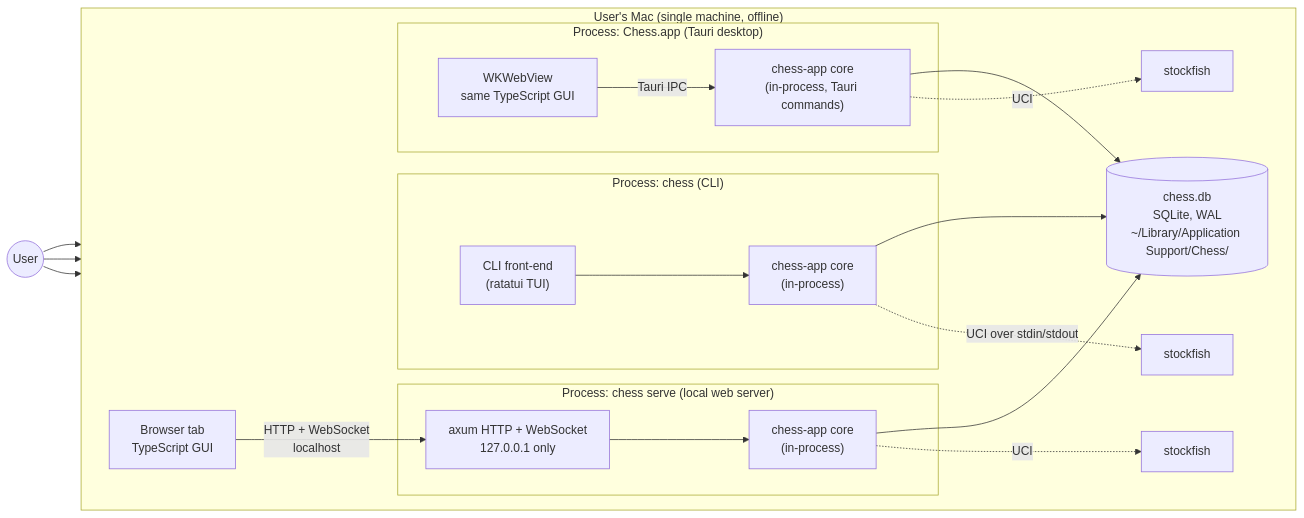
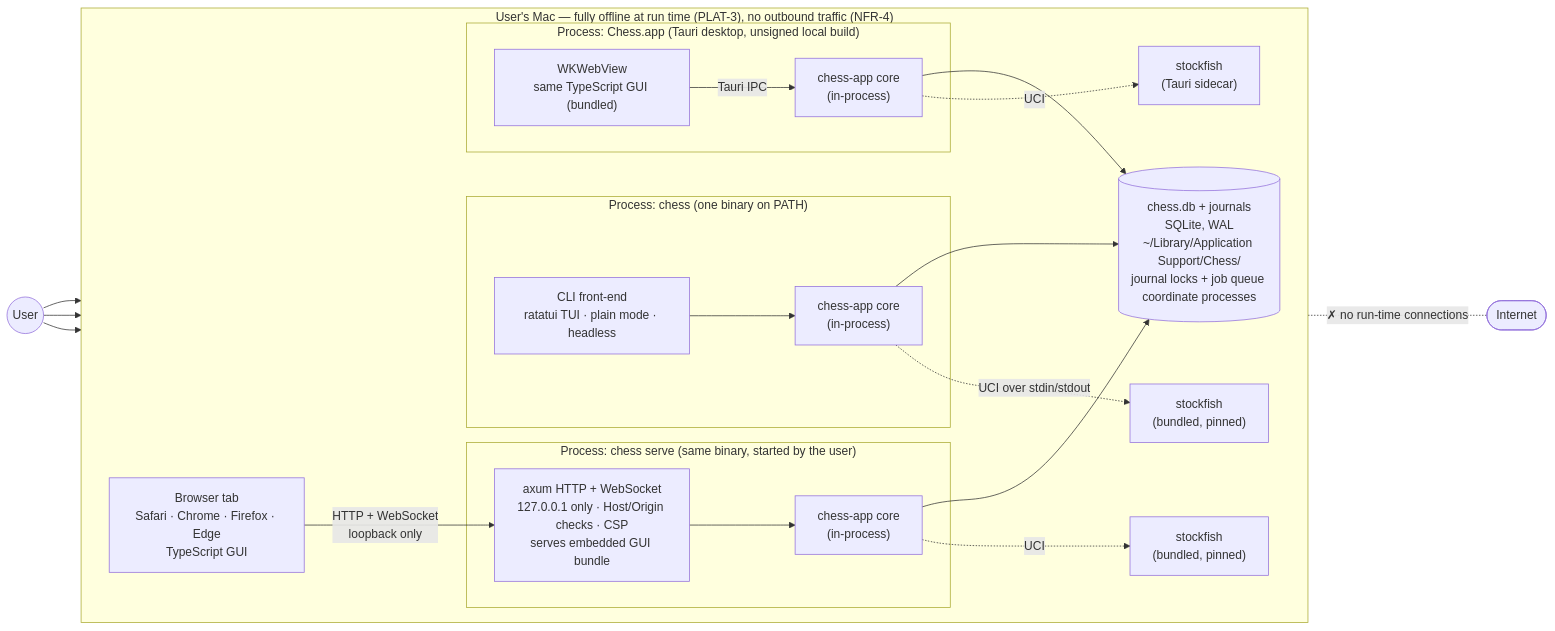
One commit to bprascher/chess changed the first of 12 diagrams in docs/architecture.md. Above: the diagram before and after it, drawn with Mermaid. The commit also changed other lines of this file and 3 other files, not shown here.

First line of the commit message:
Baseline requirements and architecture v1.0

````diff
--- a/docs/architecture.md
+++ b/docs/architecture.md
@@ -37,44 +82,46 @@
 ```mermaid
 flowchart LR
     user(("User"))
+    internet(["Internet"])
 
-    subgraph mac["User's Mac (single machine, offline)"]
+    subgraph mac["User's Mac — fully offline at run time (PLAT-3), no outbound traffic (NFR-4)"]
         direction LR
-        subgraph p1["Process: chess (CLI)"]
-            cli["CLI front-end<br/>(ratatui TUI)"]
+        subgraph p1["Process: chess (one binary on PATH)"]
+            cli["CLI front-end<br/>ratatui TUI · plain mode · headless"]
             core1["chess-app core<br/>(in-process)"]
             cli --> core1
         end
 
-        subgraph p2["Process: chess serve (local web server)"]
-            srv["axum HTTP + WebSocket<br/>127.0.0.1 only"]
+        subgraph p2["Process: chess serve (same binary, started by the user)"]
+            srv["axum HTTP + WebSocket<br/>127.0.0.1 only · Host/Origin checks · CSP<br/>serves embedded GUI bundle"]
             core2["chess-app core<br/>(in-process)"]
             srv --> core2
         end
 
-        browser["Browser tab<br/>TypeScript GUI"]
+        browser["Browser tab<br/>Safari · Chrome · Firefox · Edge<br/>TypeScript GUI"]
 
-        subgraph p3["Process: Chess.app (Tauri desktop)"]
-            webview["WKWebView<br/>same TypeScript GUI"]
-            core3["chess-app core<br/>(in-process, Tauri commands)"]
+        subgraph p3["Process: Chess.app (Tauri desktop, unsigned local build)"]
+            webview["WKWebView<br/>same TypeScript GUI (bundled)"]
+            core3["chess-app core<br/>(in-process)"]
             webview -- "Tauri IPC" --> core3
         end
 
-        db[("chess.db<br/>SQLite, WAL<br/>~/Library/Application Support/Chess/")]
-        sf1["stockfish"]
-        sf2["stockfish"]
-        sf3["stockfish"]
+        db[("chess.db + journals<br/>SQLite, WAL<br/>~/Library/Application Support/Chess/<br/>journal locks + job queue coordinate processes")]
+        sf1["stockfish<br/>(bundled, pinned)"]
+        sf2["stockfish<br/>(bundled, pinned)"]
+        sf3["stockfish<br/>(Tauri sidecar)"]
 
         core1 --> db
         core2 --> db
         core3 --> db
         core1 -. "UCI over stdin/stdout" .-> sf1
         core2 -. "UCI" .-> sf2
         core3 -. "UCI" .-> sf3
     end
 
     user --> cli
     user --> browser
     user --> webview
-    browser -- "HTTP + WebSocket<br/>localhost" --> srv
+    browser -- "HTTP + WebSocket<br/>loopback only" --> srv
+    mac -. "✗ no run-time connections" .- internet
 ```
````
